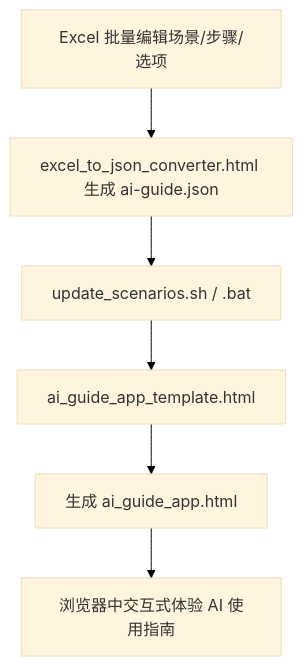
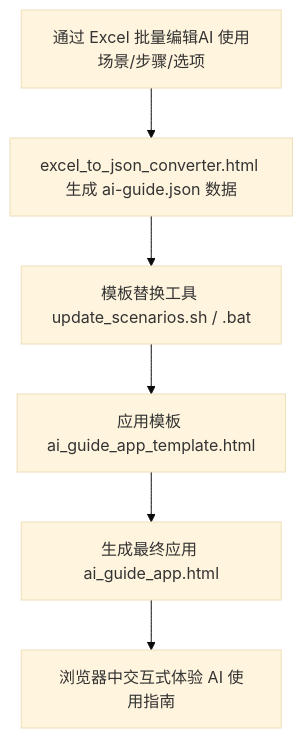
One commit to yiduo/ai_guide changed the diagram in README.md. Above: the diagram before and after it, drawn with Mermaid (base theme). The commit also changed other lines of this file, not shown here.

Commit message:
更新 README.md，修正 Excel 批量编辑与导入的流程图，增强说明内容以便于用户理解数据处理步骤。

````diff
--- a/README.md
+++ b/README.md
@@ -52,8 +53,8 @@
 ```mermaid
 flowchart TD
-    A[Excel 批量编辑场景/步骤/选项] --> B[excel_to_json_converter.html 生成 ai-guide.json]
-    B --> C[update_scenarios.sh / .bat]
-    C --> D[ai_guide_app_template.html]
-    D --> E[生成 ai_guide_app.html]
+    A[通过 Excel 批量编辑AI 使用场景/步骤/选项] --> B[excel_to_json_converter.html 生成 ai-guide.json 数据]
+    B --> C[模板替换工具 update_scenarios.sh / .bat]
+    C --> D[应用模板 ai_guide_app_template.html]
+    D --> E[生成最终应用 ai_guide_app.html]
     E --> F[浏览器中交互式体验 AI 使用指南]
 ```
````
